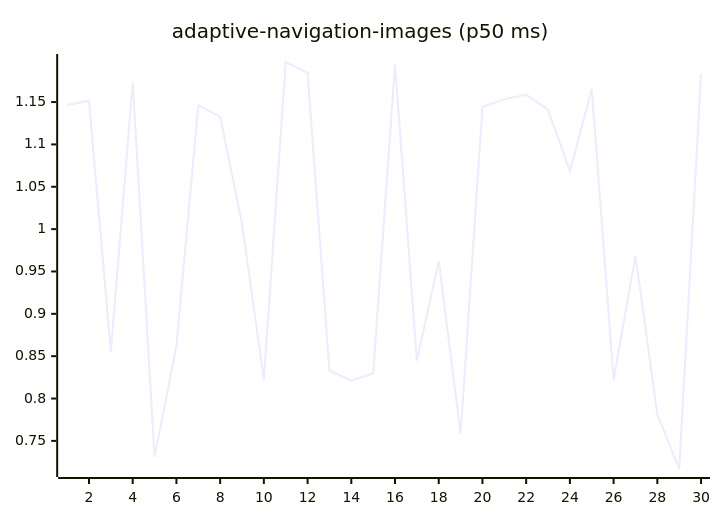
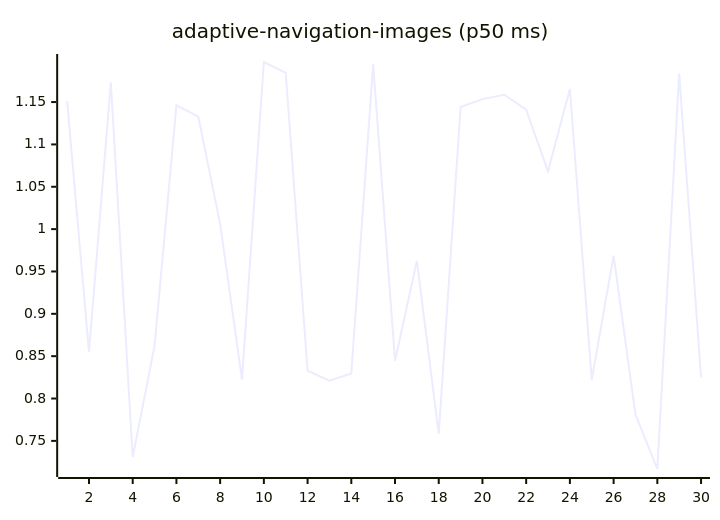
One commit to josha/Facet changed the first of 27 diagrams in README.md. Above: the diagram before and after it, drawn with Mermaid. The commit also changed other lines of this file and 2 other files, not shown here.

````diff
--- a/README.md
+++ b/README.md
@@ -63,6 +63,6 @@
 ```mermaid
 xychart-beta
     title "adaptive-navigation-images (p50 ms)"
     x-axis 1 --> 30
-    line [1.1465, 1.1515, 0.8551, 1.1733, 0.7309, 0.8622, 1.1462, 1.1328, 1.0062, 0.8224, 1.1973, 1.1845, 0.8328, 0.8211, 0.8295, 1.1947, 0.8446, 0.9624, 0.7583, 1.1441, 1.1535, 1.1586, 1.1410, 1.0683, 1.1655, 0.8222, 0.9687, 0.7812, 0.7168, 1.1836]
+    line [1.1515, 0.8551, 1.1733, 0.7309, 0.8622, 1.1462, 1.1328, 1.0062, 0.8224, 1.1973, 1.1845, 0.8328, 0.8211, 0.8295, 1.1947, 0.8446, 0.9624, 0.7583, 1.1441, 1.1535, 1.1586, 1.1410, 1.0683, 1.1655, 0.8222, 0.9687, 0.7812, 0.7168, 1.1836, 0.8250]
 ```
````
